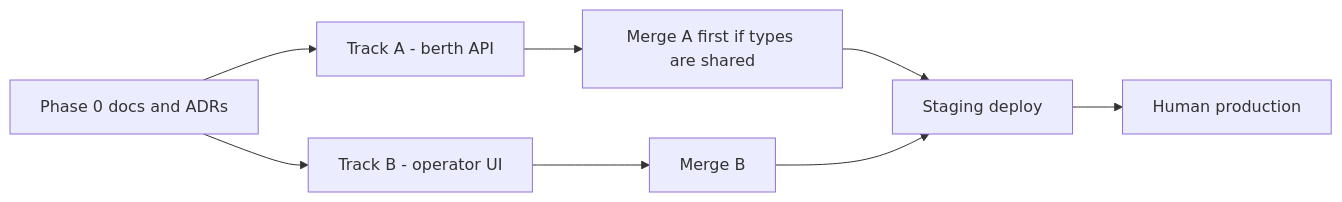
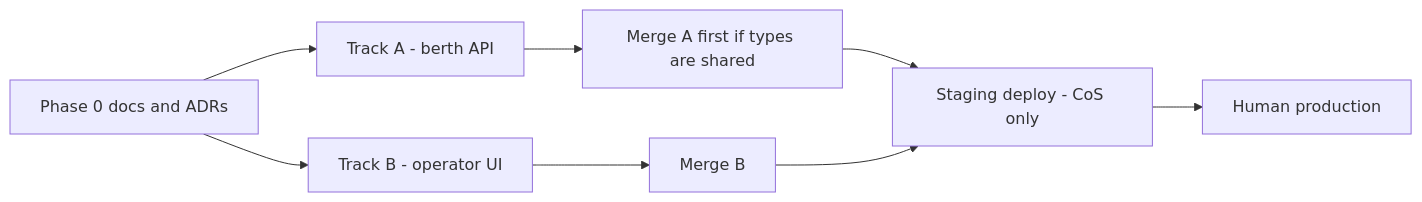
One commit to cortex-mesh/controller-playbook changed the diagram in examples/sample-dependency-graph.md. Above: the diagram before and after it, drawn with Mermaid. The commit also changed other lines of this file and 16 other files, not shown here.

First line of the commit message:
docs: pin review SHA, CoS-only staging, and living graph

````diff
--- a/examples/sample-dependency-graph.md
+++ b/examples/sample-dependency-graph.md
@@ -6,10 +6,10 @@
 ```mermaid
 flowchart LR
   P0[Phase 0 docs and ADRs] --> T1[Track A - berth API]
   P0 --> T2[Track B - operator UI]
   T1 --> MergeA[Merge A first if types are shared]
   T2 --> MergeB[Merge B]
-  MergeA --> Stage[Staging deploy]
+  MergeA --> Stage[Staging deploy - CoS only]
   MergeB --> Stage
   Stage --> Human[Human production]
 ```
````
